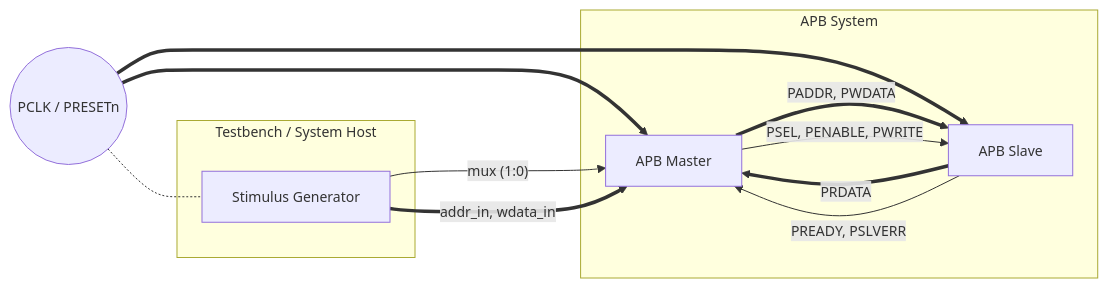
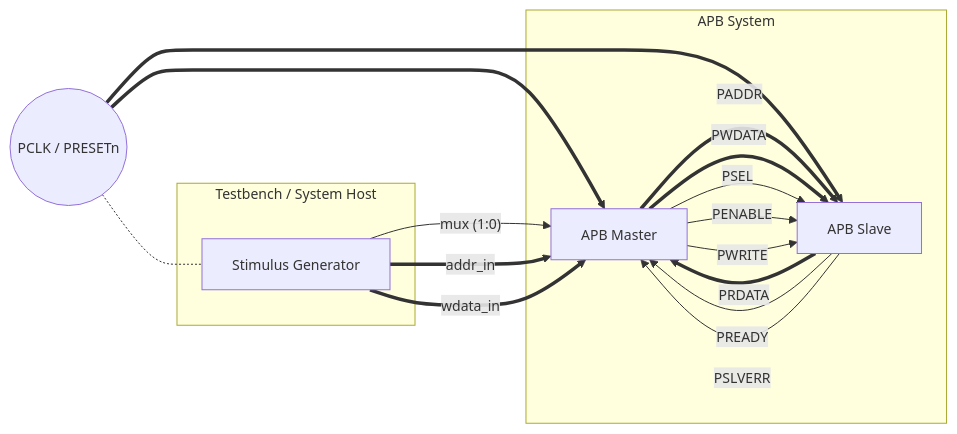
Before and after one commit to MichaelMostytskyy-boop/APB-SystemVerilog: the diagram in README.md, drawn with Mermaid.

Commit message:
Update architecture diagram: Split data buses into individual signals for clarity

````diff
--- a/README.md
+++ b/README.md
@@ -19,34 +19,39 @@
 ```mermaid
 %%{init: {'themeVariables': { 'fontFamily': 'Arial', 'fontSize': '14px'}}}%%
 graph LR
     %% Global Signals on the far left
     CLK((PCLK / PRESETn))
 
     subgraph TB [Testbench / System Host]
         GEN[Stimulus Generator]
     end
 
     subgraph DUT [APB System]
         %% The DUT components sit next to each other
         M[APB Master]
         S[APB Slave]
     end
 
     %% Clock connections (dotted lines)
     CLK -.- GEN
     CLK ==> M
     CLK ==> S
 
     %% Host to Master flow (left to right)
     GEN -->|"mux (1:0)"| M
-    GEN ==>|addr_in, wdata_in| M
+    GEN ==>|addr_in| M
+    GEN ==>|wdata_in| M
 
     %% Master to Slave flow (left to right)
-    M ==>|PADDR, PWDATA| S
-    M -->|PSEL, PENABLE, PWRITE| S
+    M ==>|PADDR| S
+    M ==>|PWDATA| S
+    M -->|PSEL| S
+    M -->|PENABLE| S
+    M -->|PWRITE| S
 
     %% Feedback from Slave to Master (right to left)
     S ==>|PRDATA| M
-    S -->|PREADY, PSLVERR| M
+    S -->|PREADY| M
+    S -->|PSLVERR| M
     
 ```
````
